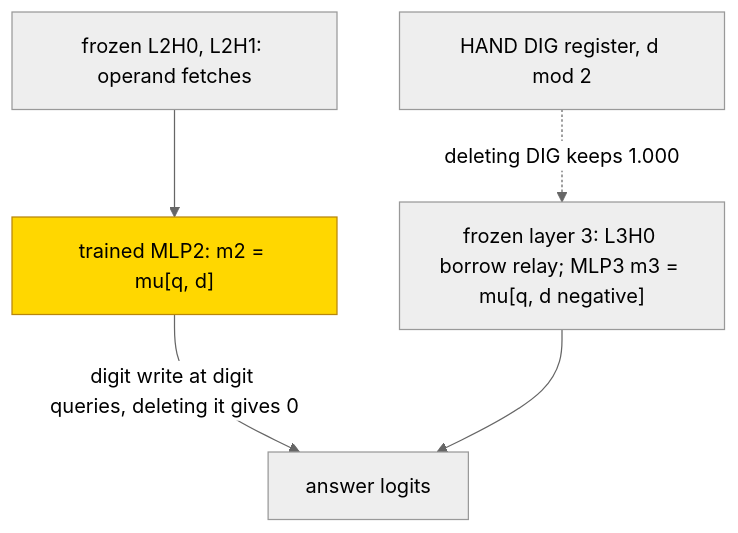
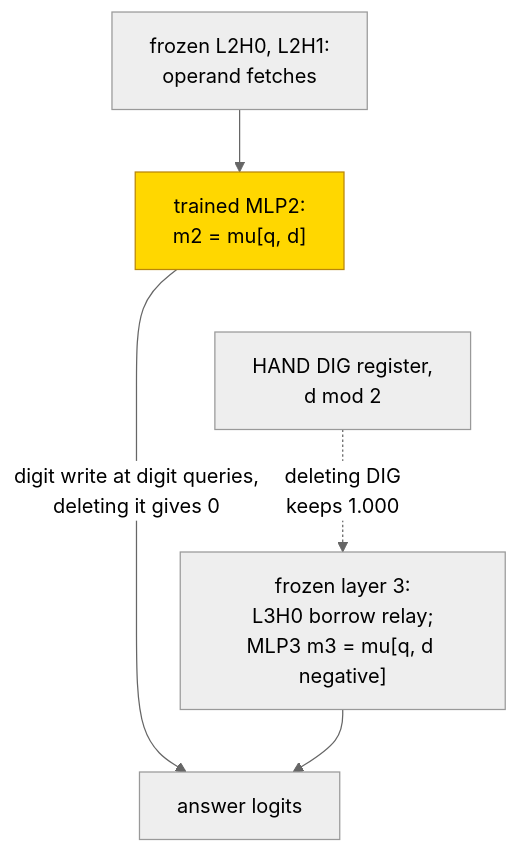
One commit to jc1122/mechanistic-interpretability-circuit-atlas changed the second of 2 diagrams in entries/subtraction.md. Above: the diagram before and after it, drawn with Mermaid (neutral theme). The commit also changed other lines of this file and 40 other files, not shown here.

First line of the commit message:
Cold-reader pass on all 41 entries: reading routes, first-screen scopes, accessible diagrams, verified headline sources (ux_reader1/2)

````diff
--- a/entries/subtraction.md
+++ b/entries/subtraction.md
@@ -263,9 +281,13 @@
 ```mermaid
 flowchart TD
-    H["frozen L2H0, L2H1: operand fetches"] --> M2["trained MLP2: m2 = mu[q, d]"]
-    M2 -->|"digit write at digit queries, deleting it gives 0"| Y["answer logits"]
-    DIG["HAND DIG register, d mod 2"] -.->|"deleting DIG keeps 1.000"| L3["frozen layer 3: L3H0 borrow relay; MLP3 m3 = mu[q, d negative]"]
+    accTitle: Trained local digit write bypasses the supplied digit register
+    accDescr: Frozen operand heads feed the trained MLP, which writes directly to the answer scores while frozen final-layer machinery relays borrowing. The task-labelled mean tables are sufficient readouts only; the internal difference and borrow computation is not verified.
+    H["frozen L2H0, L2H1:<br/>operand fetches"] --> M2["trained MLP2:<br/>m2 = mu[q, d]"]
+    M2 -->|"digit write at digit queries,<br/>deleting it gives 0"| Y["answer logits"]
+    DIG["HAND DIG register,<br/>d mod 2"] -.->|"deleting DIG<br/>keeps 1.000"| L3["frozen layer 3:<br/>L3H0 borrow relay;<br/>MLP3 m3 = mu[q, d negative]"]
     L3 --> Y
+    %% Invisible link separates parallel paths vertically; it is not a data path.
+    M2 ~~~ DIG
     classDef trained fill:gold,stroke:darkgoldenrod,color:black
     class M2 trained
 ```
````
